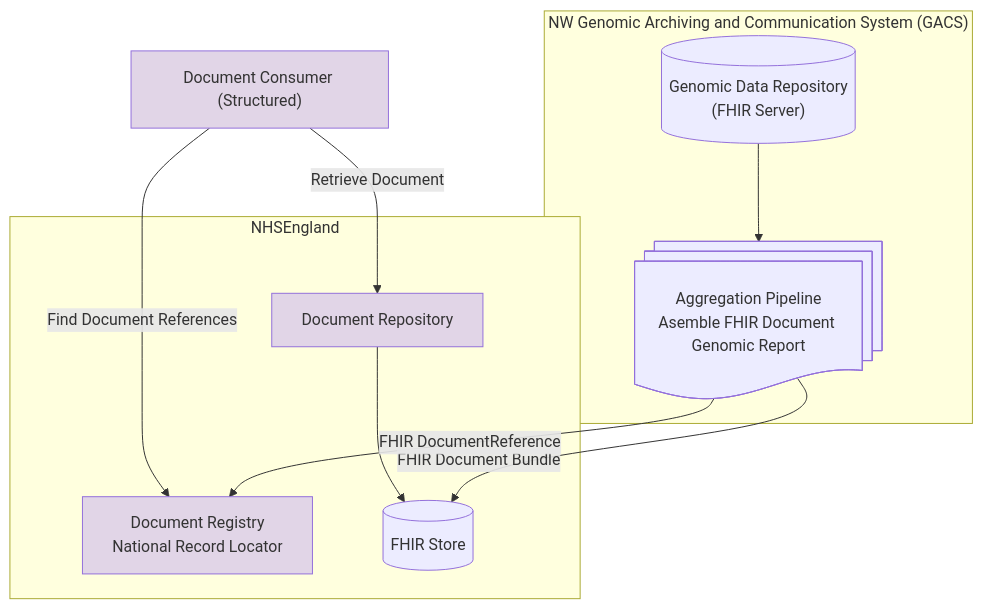
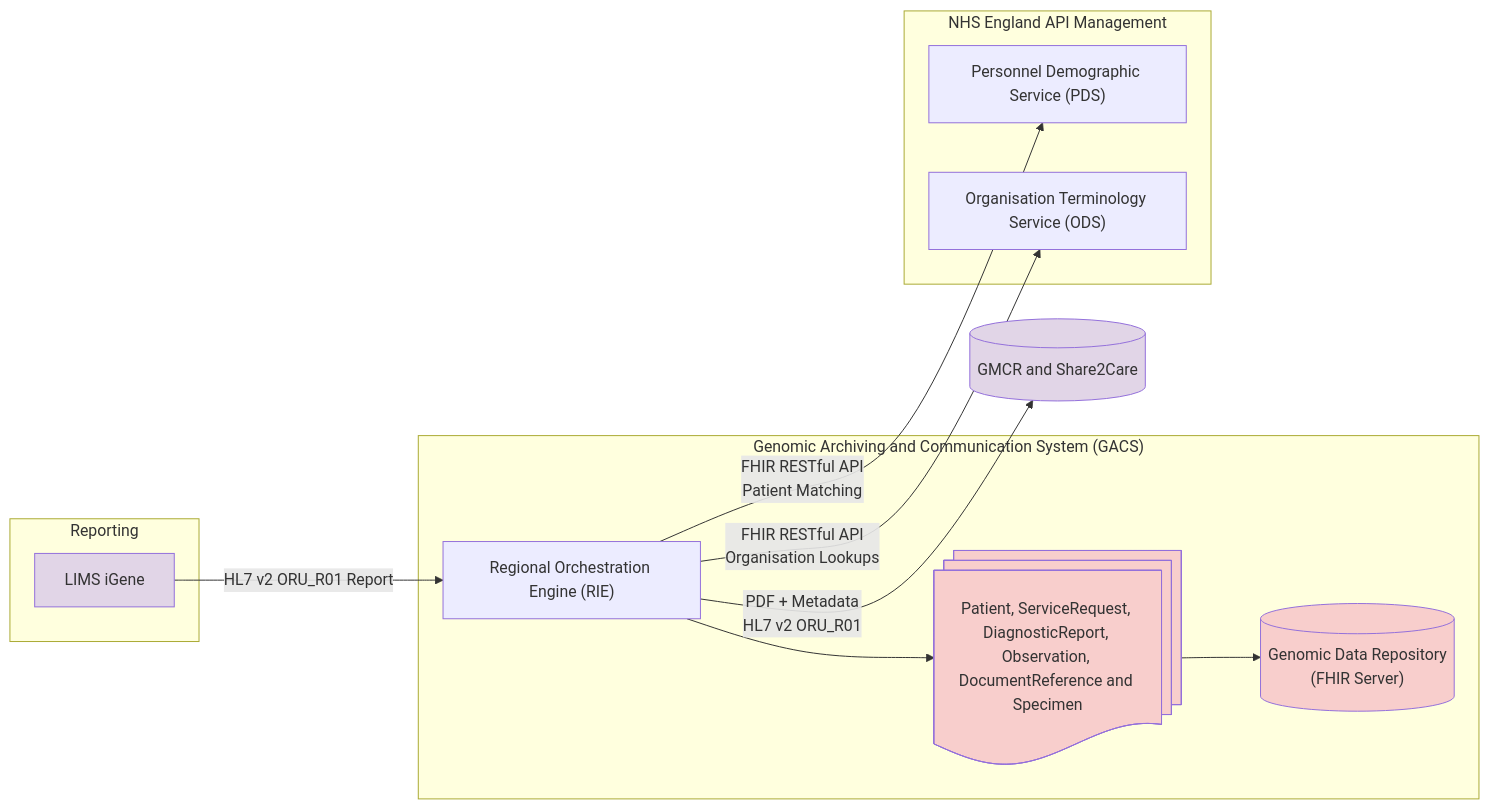
Before and after one commit to uk-gov-mirror/nw-gmsa.nw-gmsa.github.com: the diagram in Design/phase1-datapipeline-graphnet.mermaid, drawn with Mermaid. The commit also changed 4 other files, not shown here.

Commit message:
Added mermain diagrams from HIE Design

```diff
--- a/Design/phase1-datapipeline-graphnet.mermaid
+++ b/Design/phase1-datapipeline-graphnet.mermaid
@@ -1,30 +1,42 @@
-graph TD
+graph LR
 
-DC["Document Consumer (Structured)"]
 
-subgraph NHSEngland
-    Registry[Document Registry<br/>National Record Locator]
-    Repository[Document Repository]
-    UGR@{ shape: cyl, label: "FHIR Store"}
+
+subgraph Analysis[Reporting];
+
+    LIMS["LIMS iGene"]
+
 end
 
-subgraph RIE["NW Genomic Archiving and Communication System (GACS)"];
+
+subgraph GACS["Genomic Archiving and Communication System (GACS)"];
+
+    RIE["Regional Orchestration Engine (RIE)"]
+    FHIRLIMS@{ shape: docs, label: "Patient, ServiceRequest, DiagnosticReport, Observation, DocumentReference and Specimen"}
+
     GDR@{ shape: cyl, label: "Genomic Data Repository<br/>(FHIR Server)"}
-
-    Agg2@{ shape: docs, label: "Aggregation Pipeline<br/>Asemble FHIR Document Genomic Report"}
 end
 
-DC --> |Find Document References| Registry
-DC --> |Retrieve Document| Repository
+subgraph APIM[NHS England API Management];
+    PDS["Personnel Demographic Service (PDS)"]
+    ODS["Organisation Terminology Service (ODS)"]
+end
 
 
-Repository --> UGR
-GDR --> Agg2
-Agg2 --> |FHIR Document Bundle| UGR
-Agg2 --> |FHIR DocumentReference| Registry
+EPR@{ shape: cyl, label: "GMCR and Share2Care"}
+
+LIMS --> |HL7 v2 ORU_R01 Report| RIE
+
+RIE --> |PDF + Metadata<br/>HL7 v2 ORU_R01| EPR
+RIE --> FHIRLIMS
+FHIRLIMS --> GDR
+RIE --> |FHIR RESTful API<br/>Patient Matching| PDS
+RIE --> |FHIR RESTful API<br/>Organisation Lookups| ODS
+
 
 classDef purple fill:#E1D5E7;
 classDef pink fill:#F8CECC;
 
-class EPR,TIE,LIMS,DC,Registry,Repository purple;
-class DM,HL7UK pink;
+class EPR,TIE,LIMS,DC purple;
+
+class GDR,FHIRLIMS pink
```
